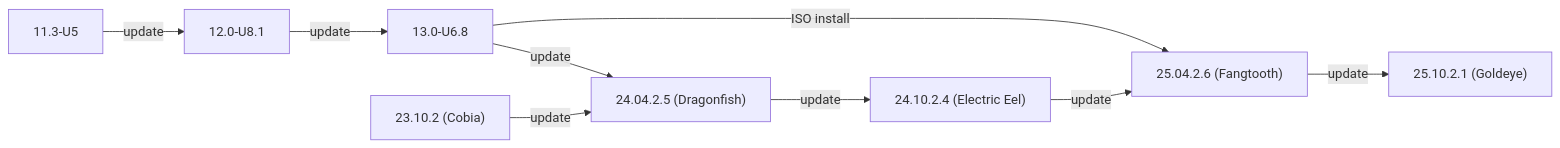
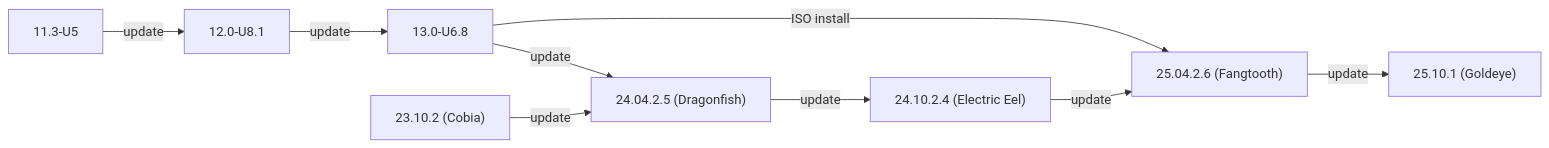
The second of 2 diagrams in static/includes/SCALEUpgradePaths.md (truenas/documentation), drawn with Mermaid before and after one commit.

Commit message:
Update SCALEUpgradePaths.md
Changed Enterprise migration path to 25.10.1

```diff
--- a/static/includes/SCALEUpgradePaths.md
+++ b/static/includes/SCALEUpgradePaths.md
@@ -239,12 +239,12 @@
             {{< mermaid class="mermaid_sizing" >}}
             flowchart LR
               A["11.3-U5"] -->|update| B
               B["12.0-U8.1"] -->|update| C
               C["13.0-U6.8"] -->|ISO install| G
               C -->|update| E
               D["23.10.2 (Cobia)"] -->|update| E
               E["24.04.2.5 (Dragonfish)"]  -->|update| F
               F["24.10.2.4 (Electric Eel)"] -->|update| G
               G["25.04.2.6 (Fangtooth)"] -->|update| H
-              H["25.10.2.1 (Goldeye)"]
+              H["25.10.1 (Goldeye)"]
             {{< /mermaid >}}
```
